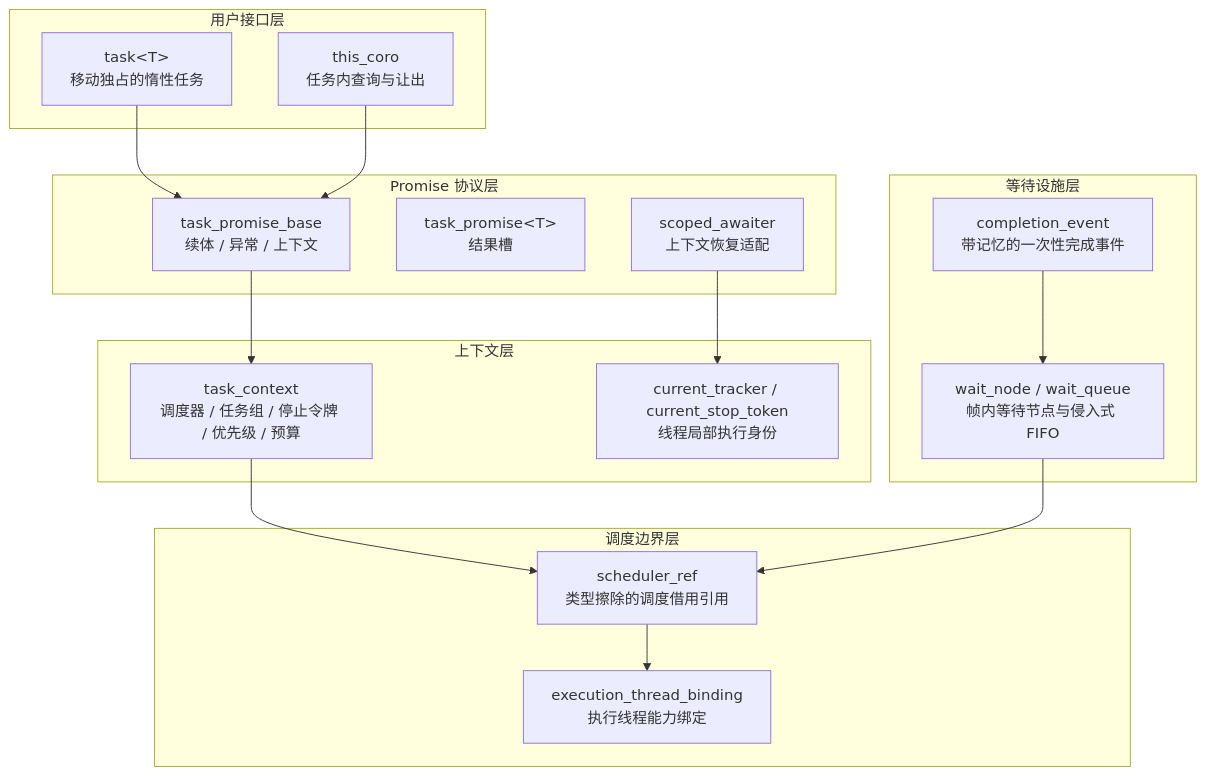
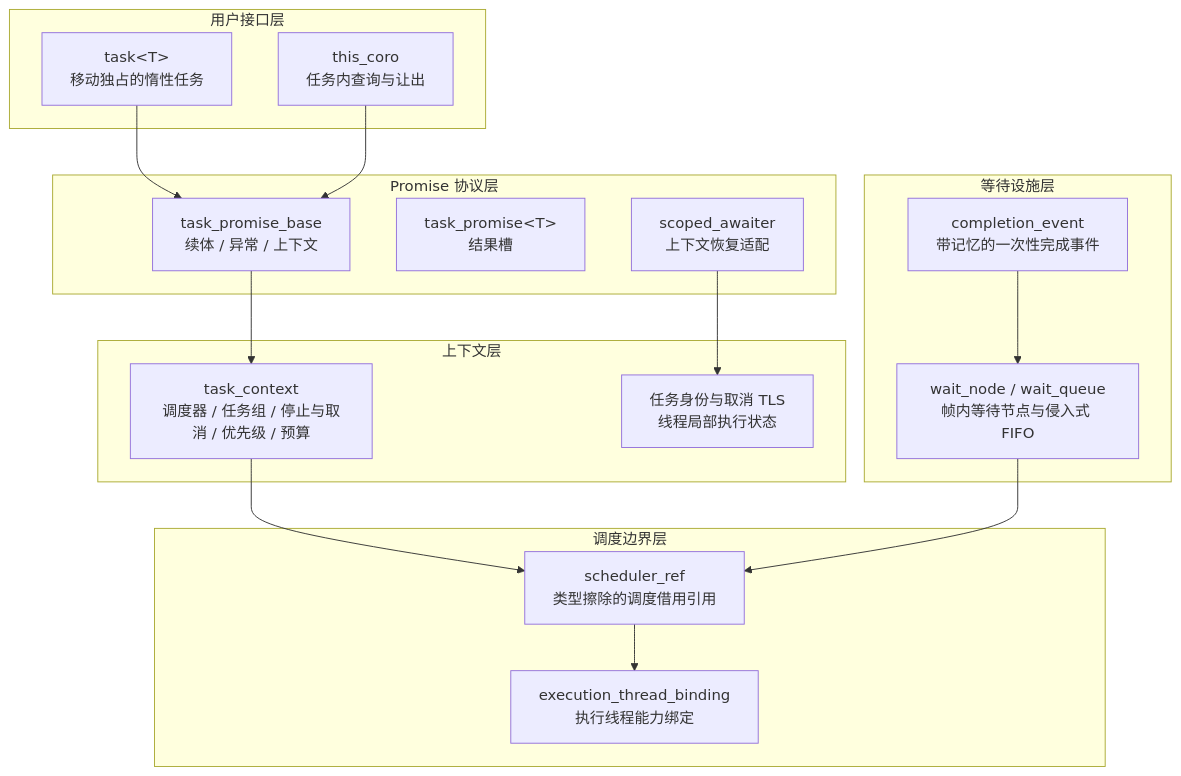
One commit to superlxh02/faio changed the diagram in docs/协程封装.md. Above: the diagram before and after it, drawn with Mermaid. The commit also changed other lines of this file and 151 other files, not shown here.

````diff
--- a/docs/协程封装.md
+++ b/docs/协程封装.md
@@ -9,32 +9,32 @@
 ```mermaid
 flowchart TD
     subgraph 用户接口层
         T["task&lt;T&gt;<br/>移动独占的惰性任务"]
         TC["this_coro<br/>任务内查询与让出"]
     end
     subgraph Promise 协议层
         PB["task_promise_base<br/>续体 / 异常 / 上下文"]
         PT["task_promise&lt;T&gt;<br/>结果槽"]
         SW["scoped_awaiter<br/>上下文恢复适配"]
     end
     subgraph 上下文层
-        CX["task_context<br/>调度器 / 任务组 / 停止令牌 / 优先级 / 预算"]
-        TLS["current_tracker / current_stop_token<br/>线程局部执行身份"]
+        CX["task_context<br/>调度器 / 任务组 / 停止与取消 / 优先级 / 预算"]
+        TLS["任务身份与取消 TLS<br/>线程局部执行状态"]
     end
     subgraph 等待设施层
         WN["wait_node / wait_queue<br/>帧内等待节点与侵入式 FIFO"]
         CE["completion_event<br/>带记忆的一次性完成事件"]
     end
     subgraph 调度边界层
         SR["scheduler_ref<br/>类型擦除的调度借用引用"]
         EB["execution_thread_binding<br/>执行线程能力绑定"]
     end
     T --> PB
     TC --> PB
     PB --> CX
     SW --> TLS
     CX --> SR
     WN --> SR
     CE --> WN
     SR --> EB
 ```
````
